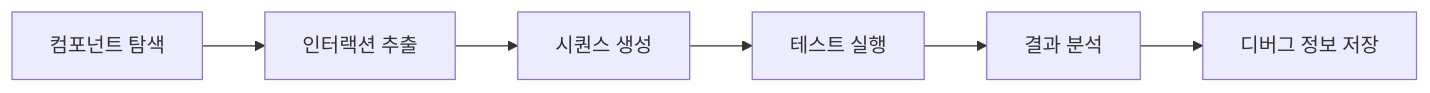
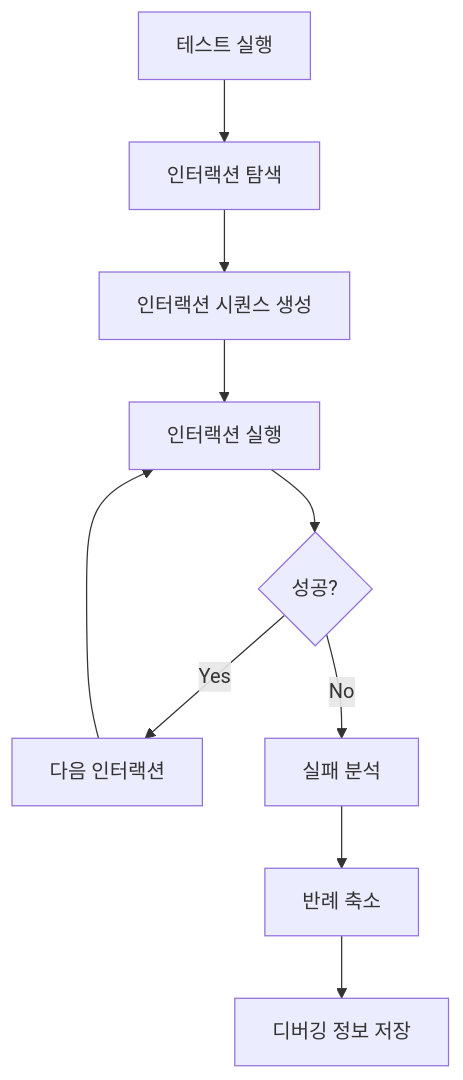
The first of 8 diagrams in storybook/e2e/universal-testers.md (YahngSungho/Monorepo), drawn with Mermaid before and after one commit. The commit also changed other lines of this file and 3 other files, not shown here.

First line of the commit message:
feat: Storybook UI 컴포넌트 테스트 기능 개선

````diff
--- a/storybook/e2e/universal-testers.md
+++ b/storybook/e2e/universal-testers.md
@@ -7,8 +19,12 @@
 ```mermaid
-flowchart LR
-    A[컴포넌트 탐색] --> B[인터랙션 추출]
-    B --> C[시퀀스 생성]
-    C --> D[테스트 실행]
-    D --> E[결과 분석]
-    E --> F[디버그 정보 저장]
+flowchart TD
+    A[테스트 실행] --> B[인터랙션 탐색]
+    B --> C[인터랙션 시퀀스 생성]
+    C --> D[인터랙션 실행]
+    D --> E{성공?}
+    E -->|Yes| F[다음 인터랙션]
+    E -->|No| G[실패 분석]
+    F --> D
+    G --> H[반례 축소]
+    H --> I[디버깅 정보 저장]
 ```
````
